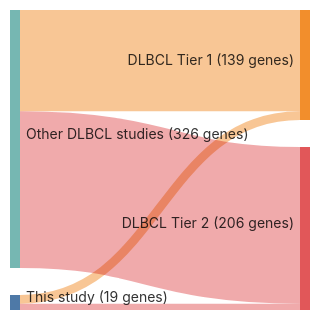
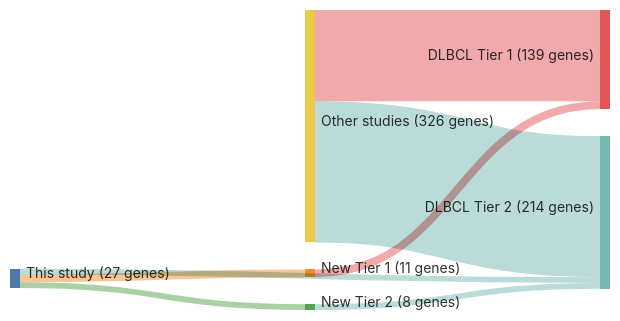
The diagram in papers/zhangGeneticHeterogeneityDiffuse2013.md (morinlab/lymphopedia), drawn with Mermaid before and after one commit. The commit also changed 82 other files, not shown here.

````diff
--- a/papers/zhangGeneticHeterogeneityDiffuse2013.md
+++ b/papers/zhangGeneticHeterogeneityDiffuse2013.md
@@ -12,18 +12,21 @@
 ```mermaid
 ---
 config:
     sankey:
         showValues: true
         linkColor: target
-        width: 300
+        width: 600
         height: 300
         nodeAlignment: right
         prefix: '('
         suffix: ' genes)'
 ---
 sankey-beta
-This study, DLBCL Tier 1, 11
+This study, New Tier 1, 11
+New Tier 1, DLBCL Tier 1, 11
 This study, DLBCL Tier 2, 8
-Other DLBCL studies, DLBCL Tier 1, 128
-Other DLBCL studies, DLBCL Tier 2, 198
+This study, New Tier 2, 8
+New Tier 2, DLBCL Tier 2, 8
+Other studies, DLBCL Tier 1, 128
+Other studies, DLBCL Tier 2, 198
 ```
````
